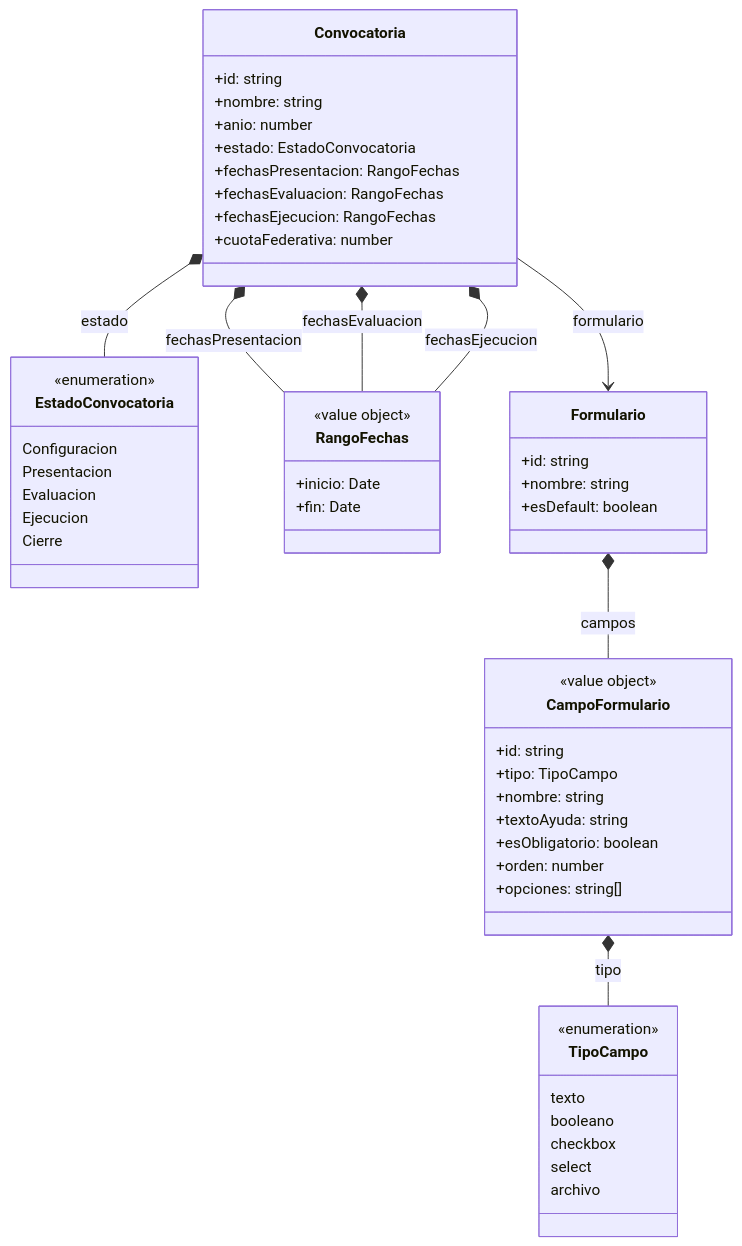
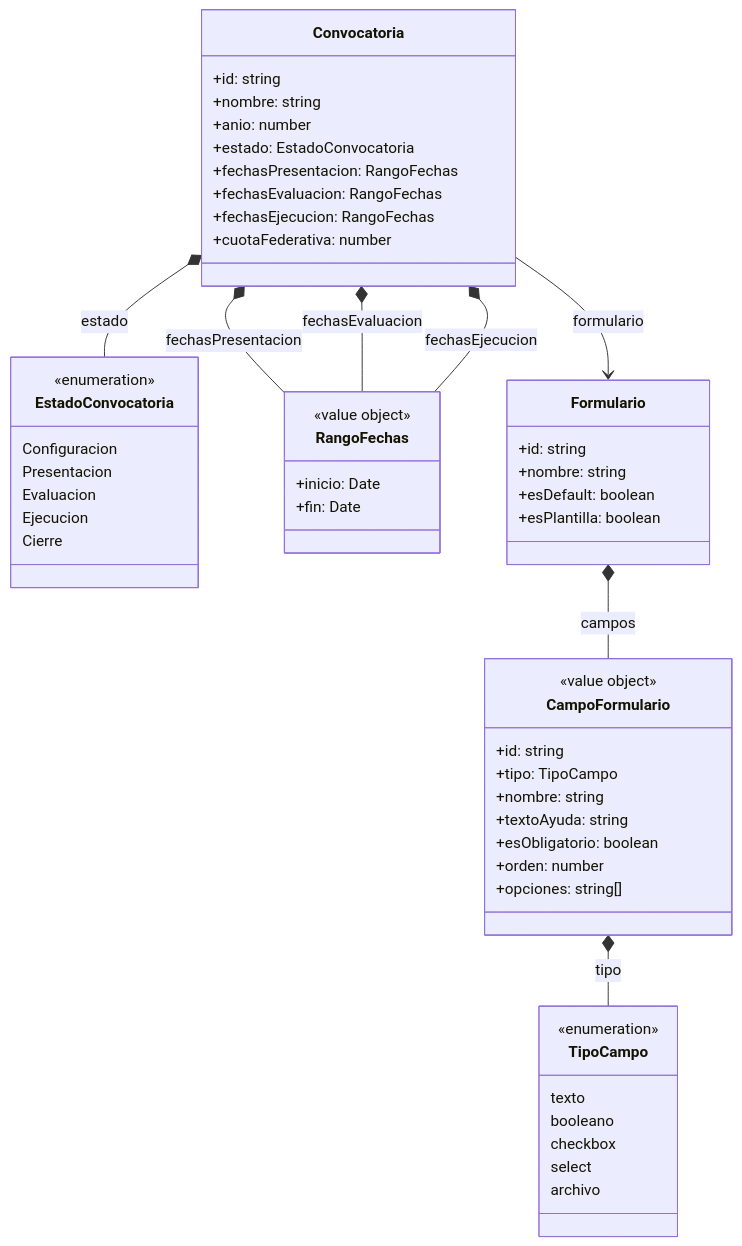
Before and after one commit to TPP-UBANEX/UBANEX: the first of 9 diagrams in docs/dominio/modelo.md, drawn with Mermaid. The commit also changed other lines of this file, not shown here.

````diff
--- a/docs/dominio/modelo.md
+++ b/docs/dominio/modelo.md
@@ -5,62 +5,63 @@
 ```mermaid
 classDiagram
     class Convocatoria {
         +id: string
         +nombre: string
         +anio: number
         +estado: EstadoConvocatoria
         +fechasPresentacion: RangoFechas
         +fechasEvaluacion: RangoFechas
         +fechasEjecucion: RangoFechas
         +cuotaFederativa: number
     }
 
     class EstadoConvocatoria {
         <<enumeration>>
         Configuracion
         Presentacion
         Evaluacion
         Ejecucion
         Cierre
     }
 
     class RangoFechas {
         <<value object>>
         +inicio: Date
         +fin: Date
     }
 
     class Formulario {
         +id: string
         +nombre: string
         +esDefault: boolean
+        +esPlantilla: boolean
     }
 
     class CampoFormulario {
         <<value object>>
         +id: string
         +tipo: TipoCampo
         +nombre: string
         +textoAyuda: string
         +esObligatorio: boolean
         +orden: number
         +opciones: string[]
     }
 
     class TipoCampo {
         <<enumeration>>
         texto
         booleano
         checkbox
         select
         archivo
     }
 
     Convocatoria *-- EstadoConvocatoria : estado
     Convocatoria *-- RangoFechas : fechasPresentacion
     Convocatoria *-- RangoFechas : fechasEvaluacion
     Convocatoria *-- RangoFechas : fechasEjecucion
     Convocatoria --> Formulario : formulario
     Formulario *-- CampoFormulario : campos
     CampoFormulario *-- TipoCampo : tipo
 ```
````
